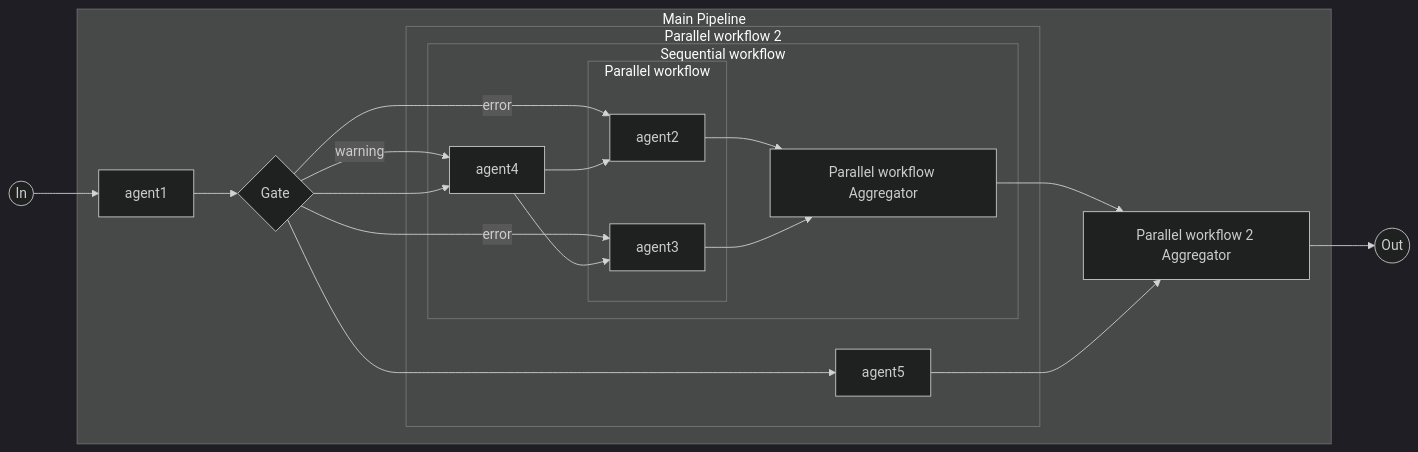
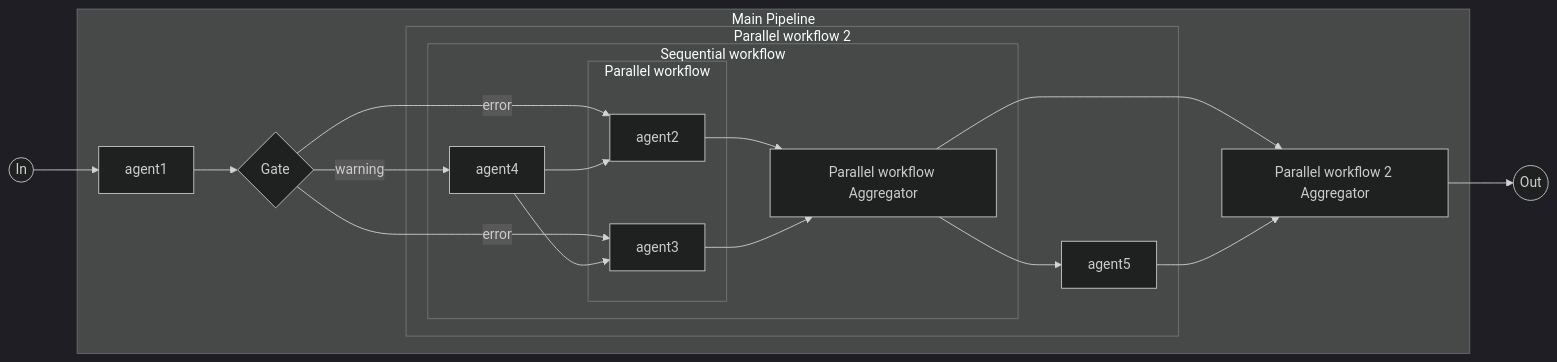
One commit to rootstrap/mars changed the diagram in examples/complex_workflow/diagram.md. Above: the diagram before and after it, drawn with Mermaid (dark theme). The commit also changed 9 other files, not shown here.

````diff
--- a/examples/complex_workflow/diagram.md
+++ b/examples/complex_workflow/diagram.md
@@ -1,35 +1,34 @@
 ```mermaid
 flowchart LR
 in((In))
 out((Out))
 subgraph main_pipeline["Main Pipeline"]
   agent1[agent1]
   gate{Gate}
   subgraph parallel_workflow_2["Parallel workflow 2"]
     subgraph sequential_workflow["Sequential workflow"]
       agent4[agent4]
       subgraph parallel_workflow["Parallel workflow"]
         agent2[agent2]
         agent3[agent3]
       end
       parallel_workflow_aggregator[Parallel workflow Aggregator]
     end
     agent5[agent5]
   end
   parallel_workflow_2_aggregator[Parallel workflow 2 Aggregator]
 end
 in --> agent1
 agent1 --> gate
 gate -->|warning| agent4
 gate -->|error| agent2
 gate -->|error| agent3
-gate --> agent4
-gate --> agent5
 agent4 --> agent2
 agent4 --> agent3
 agent2 --> parallel_workflow_aggregator
 parallel_workflow_aggregator --> parallel_workflow_2_aggregator
+parallel_workflow_aggregator --> agent5
 agent3 --> parallel_workflow_aggregator
 parallel_workflow_2_aggregator --> out
 agent5 --> parallel_workflow_2_aggregator
 ```
````
